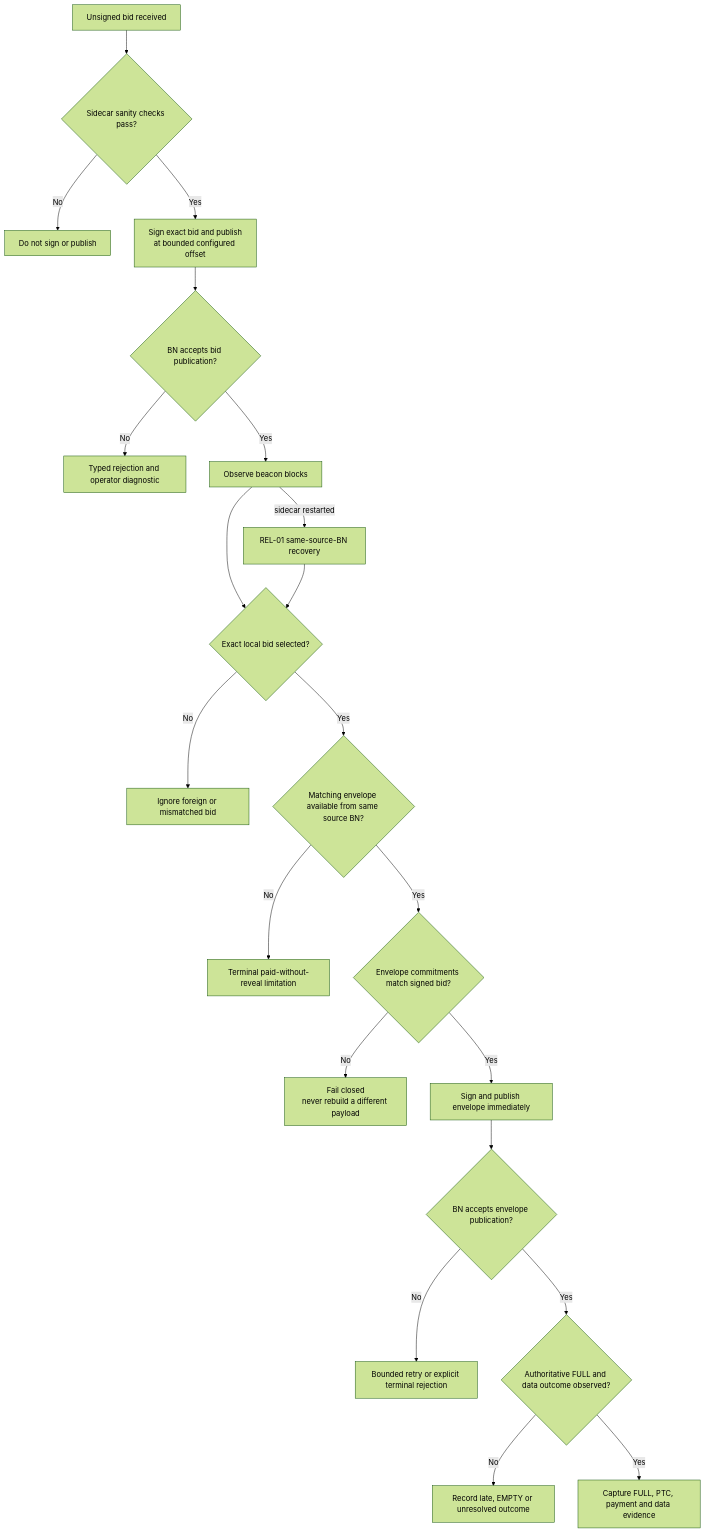
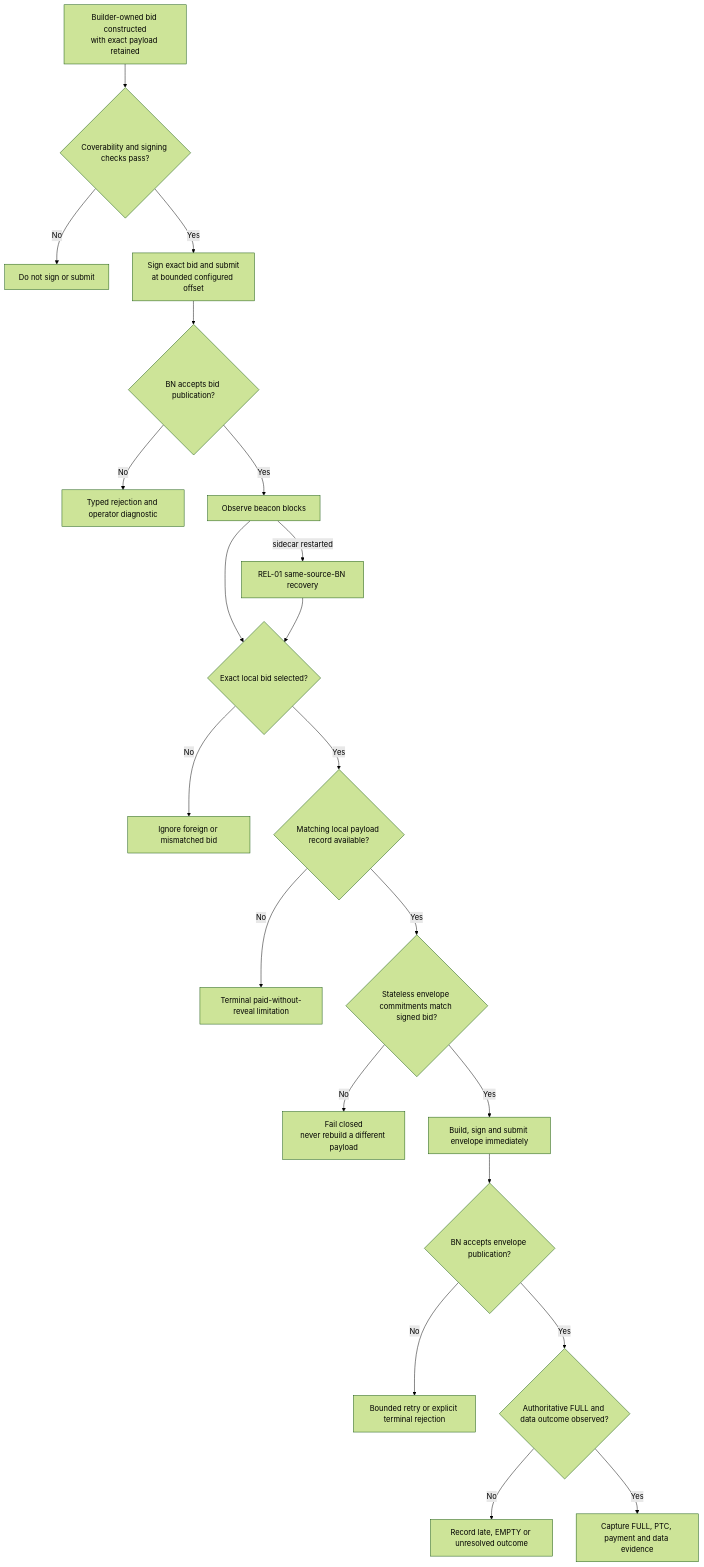
Before and after one commit to krisoshea-eth/lodestar-eip-7732-builder-docs: diagram 13 of 16 in docs/implementation-plan.md, drawn with Mermaid (forest theme). The commit also changed other lines of this file and 3 other files, not shown here.

````diff
--- a/docs/implementation-plan.md
+++ b/docs/implementation-plan.md
@@ -1063,23 +1063,23 @@
 ```mermaid
 flowchart TD
-    CANDIDATE["Unsigned bid received"] --> CHECKQ{"Sidecar sanity checks pass?"}
-    CHECKQ -->|No| CHECKFAIL["Do not sign or publish"]
-    CHECKQ -->|Yes| SIGNPUB["Sign exact bid and publish<br/>at bounded configured offset"]
+    CANDIDATE["Builder-owned bid constructed<br/>with exact payload retained"] --> CHECKQ{"Coverability and signing checks pass?"}
+    CHECKQ -->|No| CHECKFAIL["Do not sign or submit"]
+    CHECKQ -->|Yes| SIGNPUB["Sign exact bid and submit<br/>at bounded configured offset"]
     SIGNPUB --> PUBQ{"BN accepts bid publication?"}
     PUBQ -->|No| PUBFAIL["Typed rejection and operator diagnostic"]
     PUBQ -->|Yes| OBSERVE["Observe beacon blocks"]
     OBSERVE --> MATCHQ{"Exact local bid selected?"}
     MATCHQ -->|No| IGNORE["Ignore foreign or mismatched bid"]
-    MATCHQ -->|Yes| ENVQ{"Matching envelope available from same source BN?"}
+    MATCHQ -->|Yes| ENVQ{"Matching local payload record available?"}
     ENVQ -->|No| ENVFAIL["Terminal paid-without-reveal limitation"]
-    ENVQ -->|Yes| COMMITQ{"Envelope commitments match signed bid?"}
+    ENVQ -->|Yes| COMMITQ{"Stateless envelope commitments match signed bid?"}
     COMMITQ -->|No| MISMATCH["Fail closed<br/>never rebuild a different payload"]
-    COMMITQ -->|Yes| REVEAL["Sign and publish envelope immediately"]
+    COMMITQ -->|Yes| REVEAL["Build, sign and submit envelope immediately"]
     REVEAL --> REVEALQ{"BN accepts envelope publication?"}
     REVEALQ -->|No| REJECT["Bounded retry or explicit terminal rejection"]
     REVEALQ -->|Yes| FULLQ{"Authoritative FULL and data outcome observed?"}
     FULLQ -->|No| OUTFAIL["Record late, EMPTY or unresolved outcome"]
     FULLQ -->|Yes| EVIDENCE["Capture FULL, PTC, payment and data evidence"]
     OBSERVE -->|sidecar restarted| RECOVER["REL-01 same-source-BN recovery"]
     RECOVER --> MATCHQ
 ```
````
